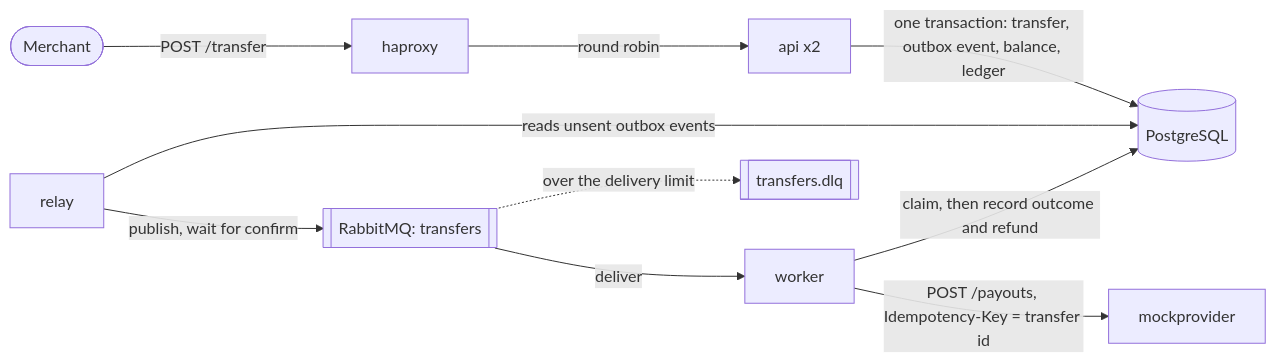
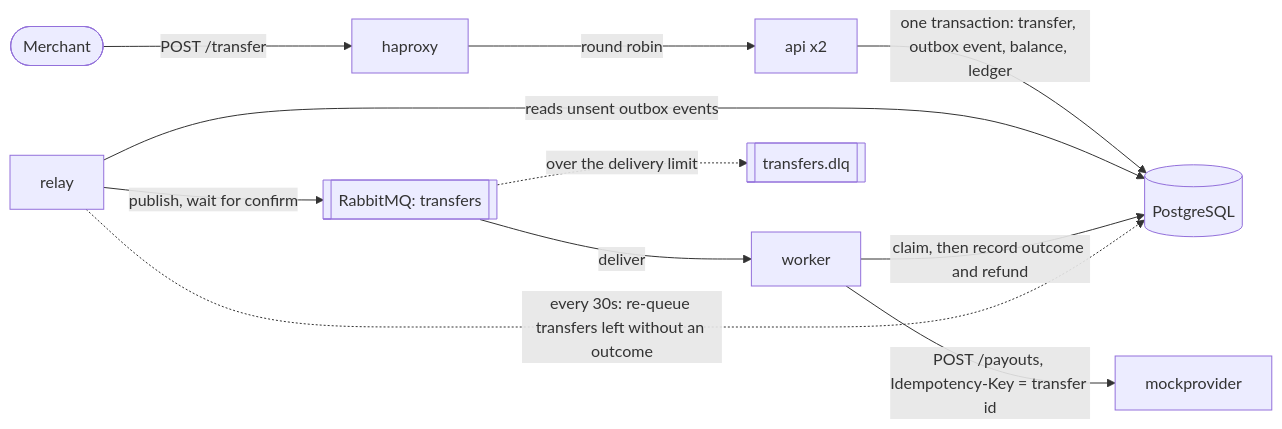
Before and after one commit to ryansurya1993/moneytransfer: the diagram in README.md, drawn with Mermaid. The commit also changed other lines of this file and 15 other files, not shown here.

Commit message:
feat(relay): reconcile transfers left without an outcome

````diff
--- a/README.md
+++ b/README.md
@@ -336,12 +348,13 @@
 ```mermaid
 flowchart LR
     merchant([Merchant]) -->|POST /transfer| haproxy
     haproxy -->|round robin| api["api x2"]
     api -->|"one transaction: transfer, outbox event, balance, ledger"| pg[(PostgreSQL)]
     relay -->|reads unsent outbox events| pg
     relay -->|publish, wait for confirm| mq[[RabbitMQ: transfers]]
     mq -->|deliver| worker
     mq -.->|over the delivery limit| dlq[[transfers.dlq]]
     worker -->|"POST /payouts, Idempotency-Key = transfer id"| provider[mockprovider]
     worker -->|"claim, then record outcome and refund"| pg
+    relay -.->|"every 30s: re-queue transfers left without an outcome"| pg
 ```
````
